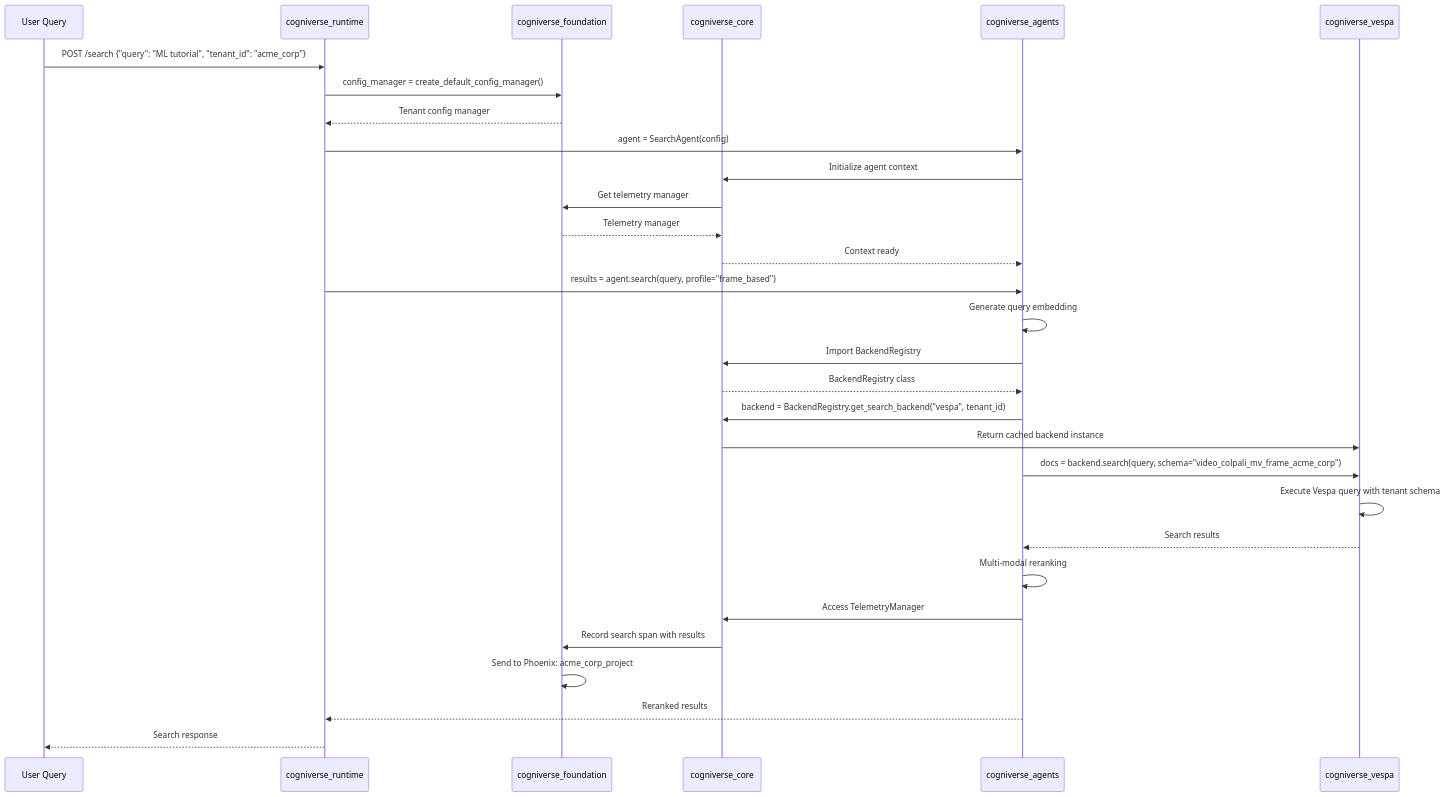
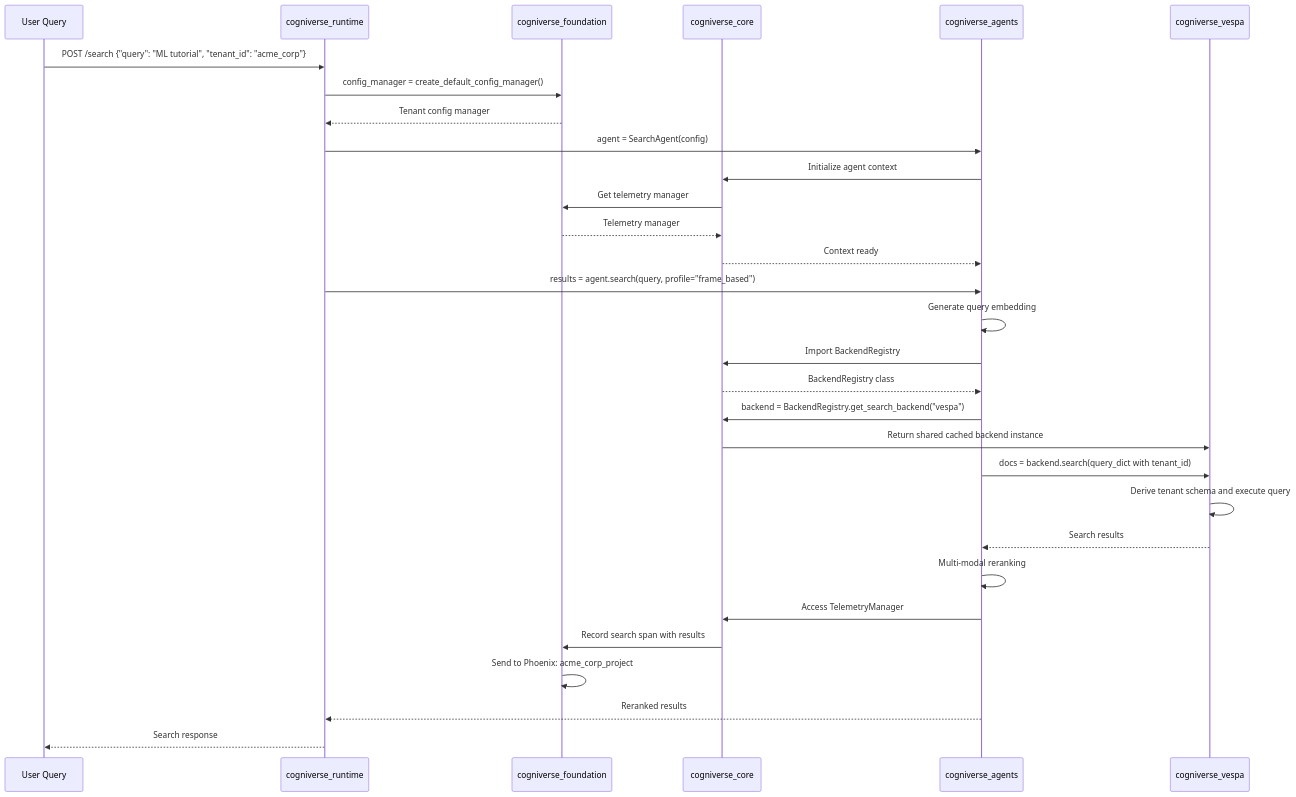
The tenth of 17 diagrams in docs/diagrams/sdk-architecture-diagrams.md (amit-jain/cogniverse), drawn with Mermaid before and after one commit. The commit also changed 25 other files, not shown here.

First line of the commit message:
Refactor search backends to shared tenantless instances

````diff
--- a/docs/diagrams/sdk-architecture-diagrams.md
+++ b/docs/diagrams/sdk-architecture-diagrams.md
@@ -478,42 +478,42 @@
 ```mermaid
 sequenceDiagram
     participant User as User Query
     participant Runtime as cogniverse_runtime
     participant Foundation as cogniverse_foundation
     participant Core as cogniverse_core
     participant Agents as cogniverse_agents
     participant Vespa as cogniverse_vespa
 
     User->>Runtime: POST /search {"query": "ML tutorial", "tenant_id": "acme_corp"}
 
     Runtime->>Foundation: config_manager = create_default_config_manager()
     Foundation-->>Runtime: Tenant config manager
 
     Runtime->>Agents: agent = SearchAgent(config)
     Agents->>Core: Initialize agent context
     Core->>Foundation: Get telemetry manager
     Foundation-->>Core: Telemetry manager
     Core-->>Agents: Context ready
 
     Runtime->>Agents: results = agent.search(query, profile="frame_based")
 
     Agents->>Agents: Generate query embedding
 
     Agents->>Core: Import BackendRegistry
     Core-->>Agents: BackendRegistry class
 
-    Agents->>Core: backend = BackendRegistry.get_search_backend("vespa", tenant_id)
-    Core->>Vespa: Return cached backend instance
+    Agents->>Core: backend = BackendRegistry.get_search_backend("vespa")
+    Core->>Vespa: Return shared cached backend instance
 
-    Agents->>Vespa: docs = backend.search(query, schema="video_colpali_mv_frame_acme_corp")
-    Vespa->>Vespa: Execute Vespa query with tenant schema
+    Agents->>Vespa: docs = backend.search(query_dict with tenant_id)
+    Vespa->>Vespa: Derive tenant schema and execute query
     Vespa-->>Agents: Search results
 
     Agents->>Agents: Multi-modal reranking
     Agents->>Core: Access TelemetryManager
     Core->>Foundation: Record search span with results
     Foundation->>Foundation: Send to Phoenix: acme_corp_project
 
     Agents-->>Runtime: Reranked results
     Runtime-->>User: Search response
 ```
````
